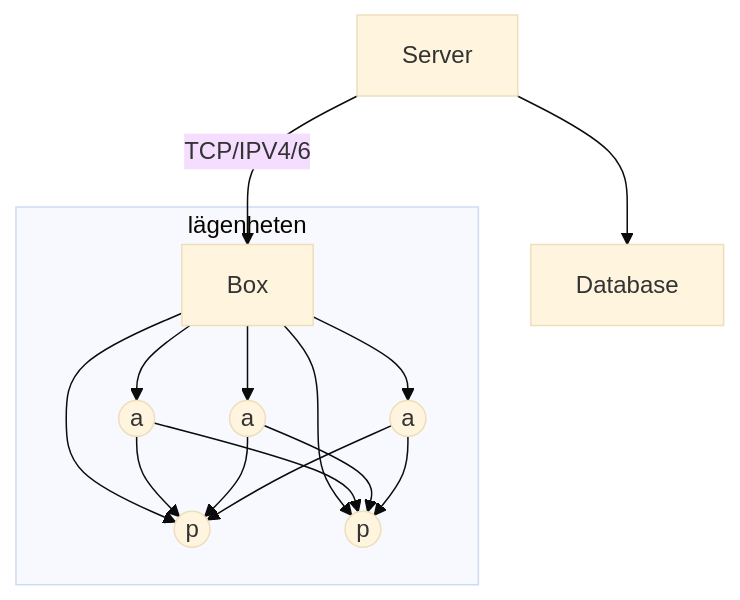
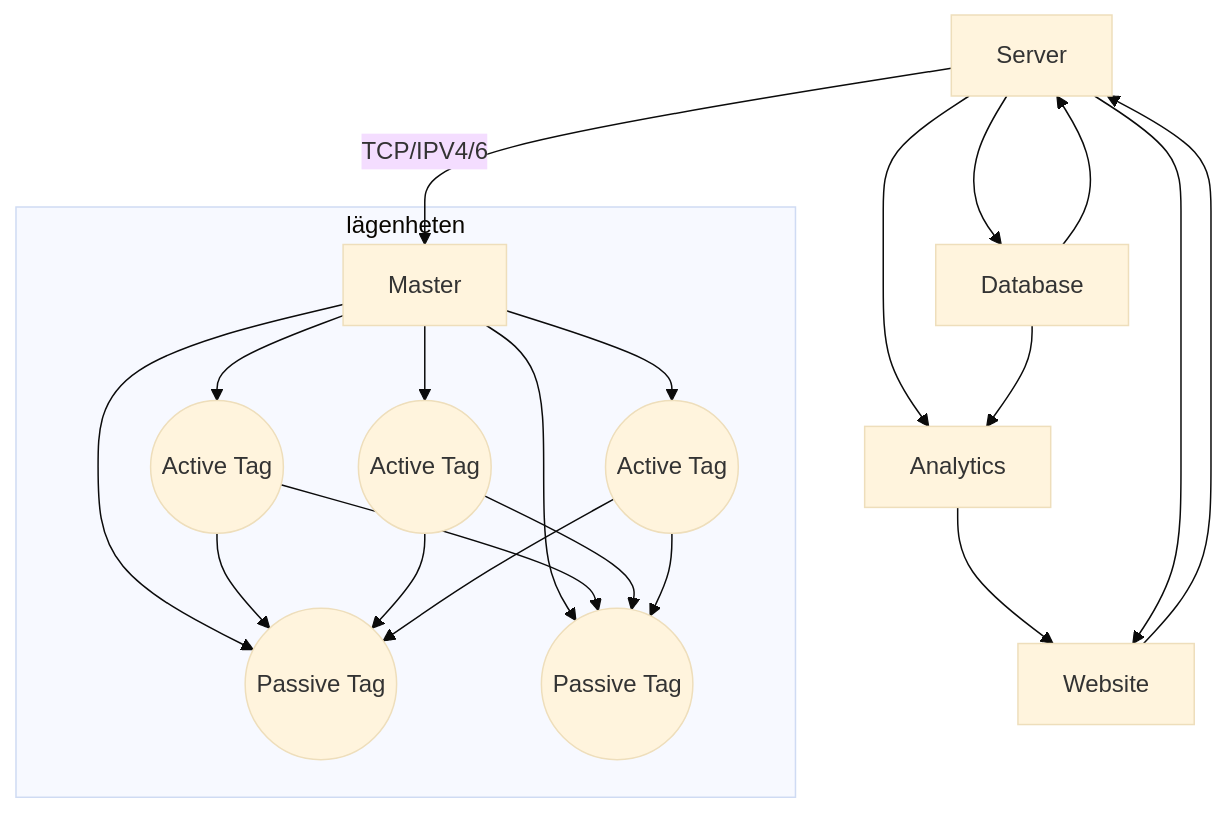
The diagram in README.md (Rackhamn/iot_arch_project1), drawn with Mermaid (base theme) before and after one commit.

````diff
--- a/README.md
+++ b/README.md
@@ -35,24 +35,30 @@
 ```mermaid
 graph TD
-    Server[Server] -->|TCP/IPV4/6| Box
+    Server[Server] --> |TCP/IPV4/6| Master
     Server --> DB[Database]
-    Box --> A1((a))
-    Box --> A2((a))
-    Box --> A3((a))
-    Box --> P1((p))
-    Box --> P2((p))
+    Server --> Anal[Analytics]
+    DB --> Server
+    DB --> Anal
+    Anal --> Website[Website]
+    Server --> Website
+    Website --> Server
+    Master --> A1((Active Tag))
+    Master --> A2((Active Tag))
+    Master --> A3((Active Tag))
+    Master --> P1((Passive Tag))
+    Master --> P2((Passive Tag))
     A1 --> P1
     A1 --> P2
     A2 --> P1
     A2 --> P2
     A3 --> P1
     A3 --> P2
     subgraph lägenheten
-        Box
+        Master
         A1
         A2
         A3
         P1
         P2
     end
 ```
````
